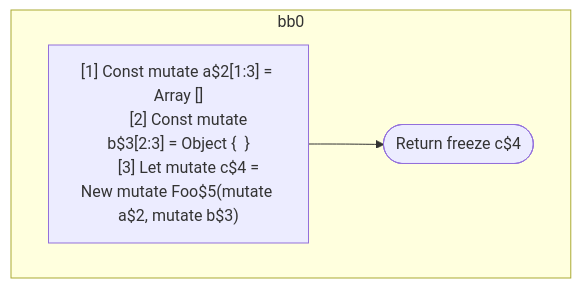
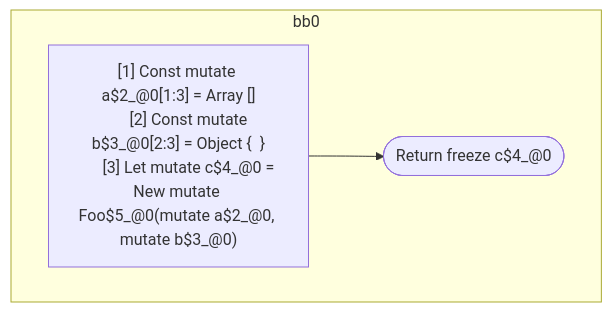
Before and after one commit to wutsmog/private: the second of 2 diagrams in compiler/forget/src/__tests__/fixtures/hir/ssa-newexpression.expect.md, drawn with Mermaid. The commit also changed other lines of this file and 60 other files, not shown here.

````diff
--- a/compiler/forget/src/__tests__/fixtures/hir/ssa-newexpression.expect.md
+++ b/compiler/forget/src/__tests__/fixtures/hir/ssa-newexpression.expect.md
@@ -56,15 +56,15 @@
 ```mermaid
 flowchart TB
   %% Basic Blocks
   subgraph bb0
     bb0_instrs["
-      [1] Const mutate a$2[1:3] = Array []
-      [2] Const mutate b$3[2:3] = Object {  }
-      [3] Let mutate c$4 = New mutate Foo$5(mutate a$2, mutate b$3)
+      [1] Const mutate a$2_@0[1:3] = Array []
+      [2] Const mutate b$3_@0[2:3] = Object {  }
+      [3] Let mutate c$4_@0 = New mutate Foo$5_@0(mutate a$2_@0, mutate b$3_@0)
     "]
-    bb0_instrs --> bb0_terminal(["Return freeze c$4"])
+    bb0_instrs --> bb0_terminal(["Return freeze c$4_@0"])
   end
 
   %% Jumps
   %% empty
 ```
````
